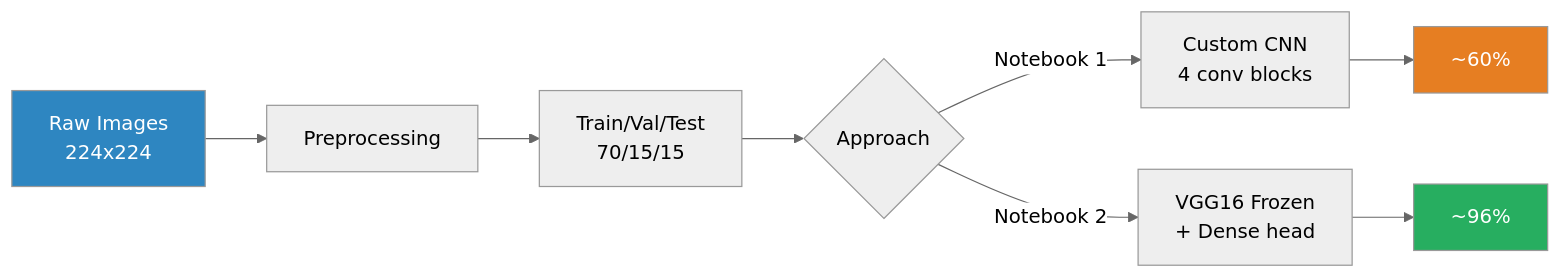
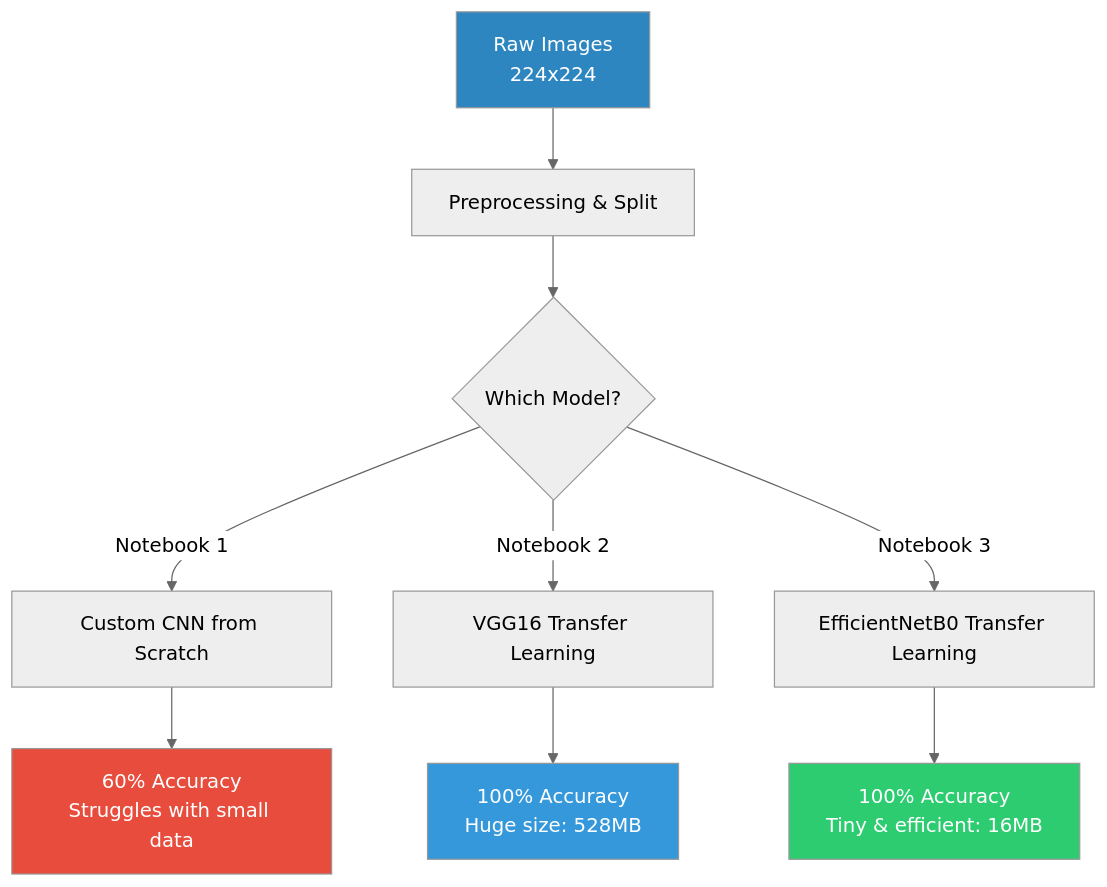
Before and after one commit to goyashek/face-mask-detection: the diagram in README.md, drawn with Mermaid (neutral theme). The commit also changed other lines of this file, not shown here.

First line of the commit message:
Update README: compare scratch, VGG16, and EfficientNetB0 models

````diff
--- a/README.md
+++ b/README.md
@@ -43,14 +43,18 @@
 ```mermaid
-flowchart LR
-    A[Raw Images<br>224x224] --> B[Preprocessing]
-    B --> C[Train/Val/Test<br>70/15/15]
-    C --> D{Approach}
-    D -->|Notebook 1| E[Custom CNN<br>4 conv blocks]
-    D -->|Notebook 2| F[VGG16 Frozen<br>+ Dense head]
-    E --> G[~60%]
-    F --> H[~96%]
+flowchart TD
+    A[Raw Images<br>224x224] --> B[Preprocessing & Split]
+    B --> C{Which Model?}
+    
+    C -->|Notebook 1| D[Custom CNN from Scratch]
+    C -->|Notebook 2| E[VGG16 Transfer Learning]
+    C -->|Notebook 3| F[EfficientNetB0 Transfer Learning]
+    
+    D --> G[60% Accuracy<br>Struggles with small data]
+    E --> H[100% Accuracy<br>Huge size: 528MB]
+    F --> I[100% Accuracy<br>Tiny & efficient: 16MB]
 
     style A fill:#2E86C1,color:#fff
-    style G fill:#E67E22,color:#fff
-    style H fill:#27AE60,color:#fff
+    style G fill:#E74C3C,color:#fff
+    style H fill:#3498DB,color:#fff
+    style I fill:#2ECC71,color:#fff
 ```
````
